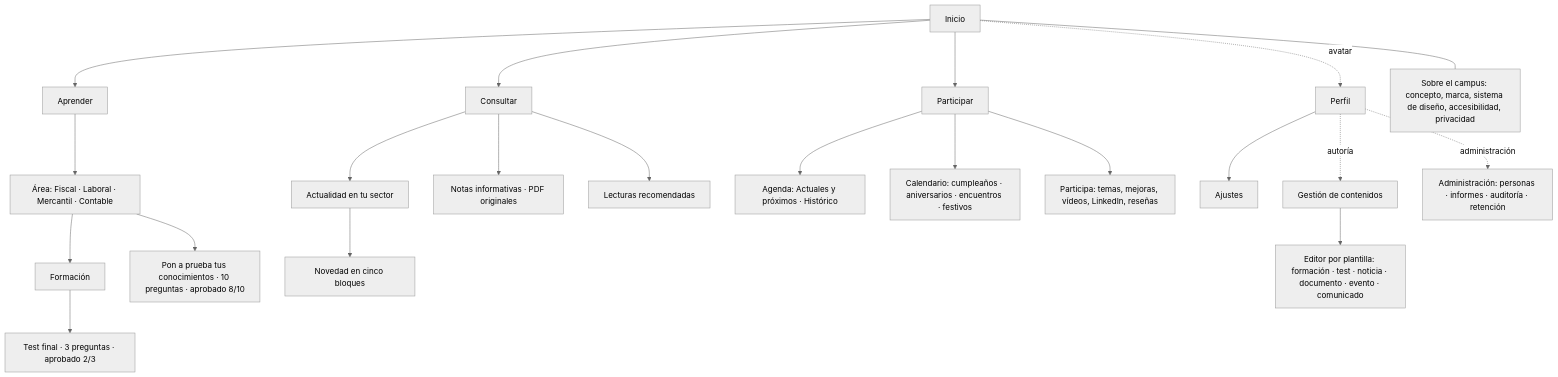
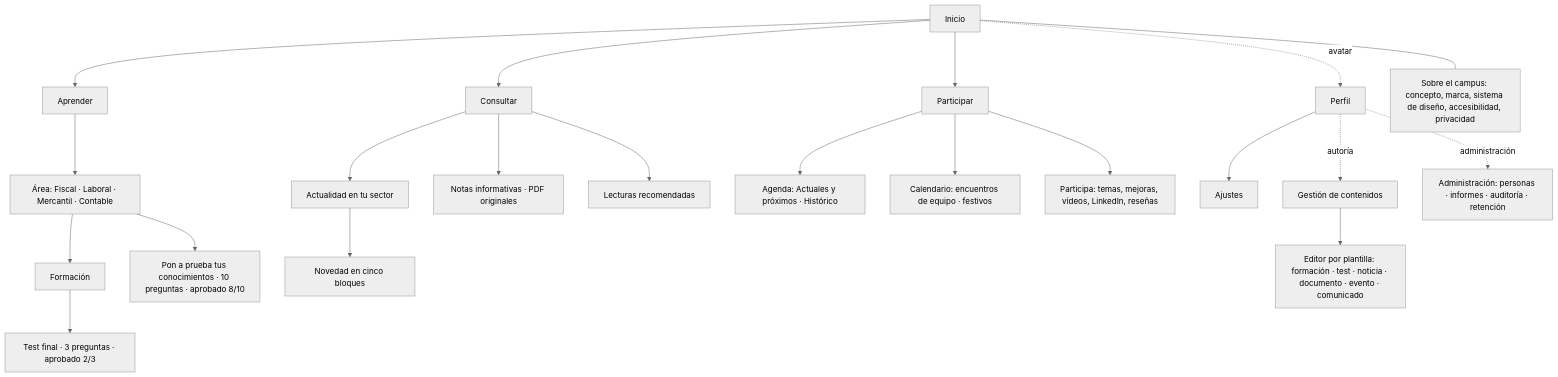
The first of 6 diagrams in docs/04-arquitectura-y-recorridos.md (megalovaniatic/flm-campus), drawn with Mermaid (neutral theme) before and after one commit. The commit also changed other lines of this file and 98 other files, not shown here.

````diff
--- a/docs/04-arquitectura-y-recorridos.md
+++ b/docs/04-arquitectura-y-recorridos.md
@@ -21,23 +23,23 @@
 ```mermaid
 flowchart TD
   I[Inicio] --> A[Aprender]
   I --> C[Consultar]
   I --> P[Participar]
   I -. avatar .-> PF[Perfil]
   A --> AA[Área: Fiscal · Laboral · Mercantil · Contable]
   AA --> AF[Formación]
   AF --> AT[Test final · 3 preguntas · aprobado 2/3]
   AA --> AE[Pon a prueba tus conocimientos · 10 preguntas · aprobado 8/10]
   C --> CN[Actualidad en tu sector]
   CN --> CND[Novedad en cinco bloques]
   C --> CD[Notas informativas · PDF originales]
   C --> CL[Lecturas recomendadas]
   P --> PA[Agenda: Actuales y próximos · Histórico]
-  P --> PC[Calendario: cumpleaños · aniversarios · encuentros · festivos]
+  P --> PC[Calendario: encuentros de equipo · festivos]
   P --> PP[Participa: temas, mejoras, vídeos, LinkedIn, reseñas]
   PF --> PFA[Ajustes]
   PF -. autoría .-> G[Gestión de contenidos]
   G --> GE[Editor por plantilla: formación · test · noticia · documento · evento · comunicado]
   PF -. administración .-> AD[Administración: personas · informes · auditoría · retención]
   I --- S[Sobre el campus: concepto, marca, sistema de diseño, accesibilidad, privacidad]
 ```
````
